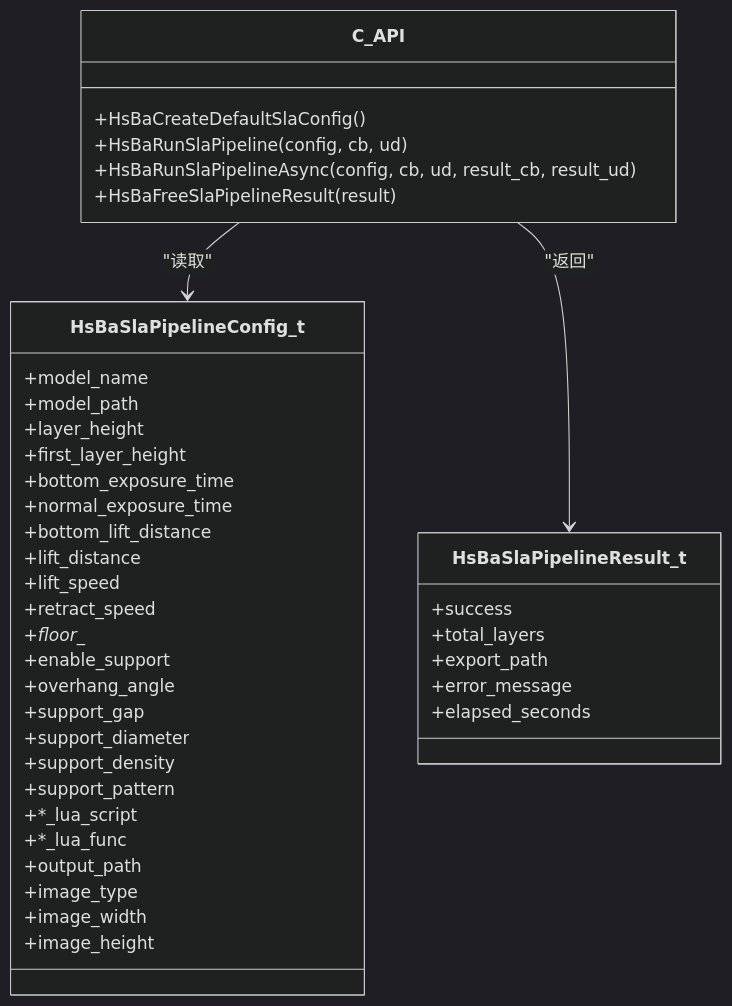
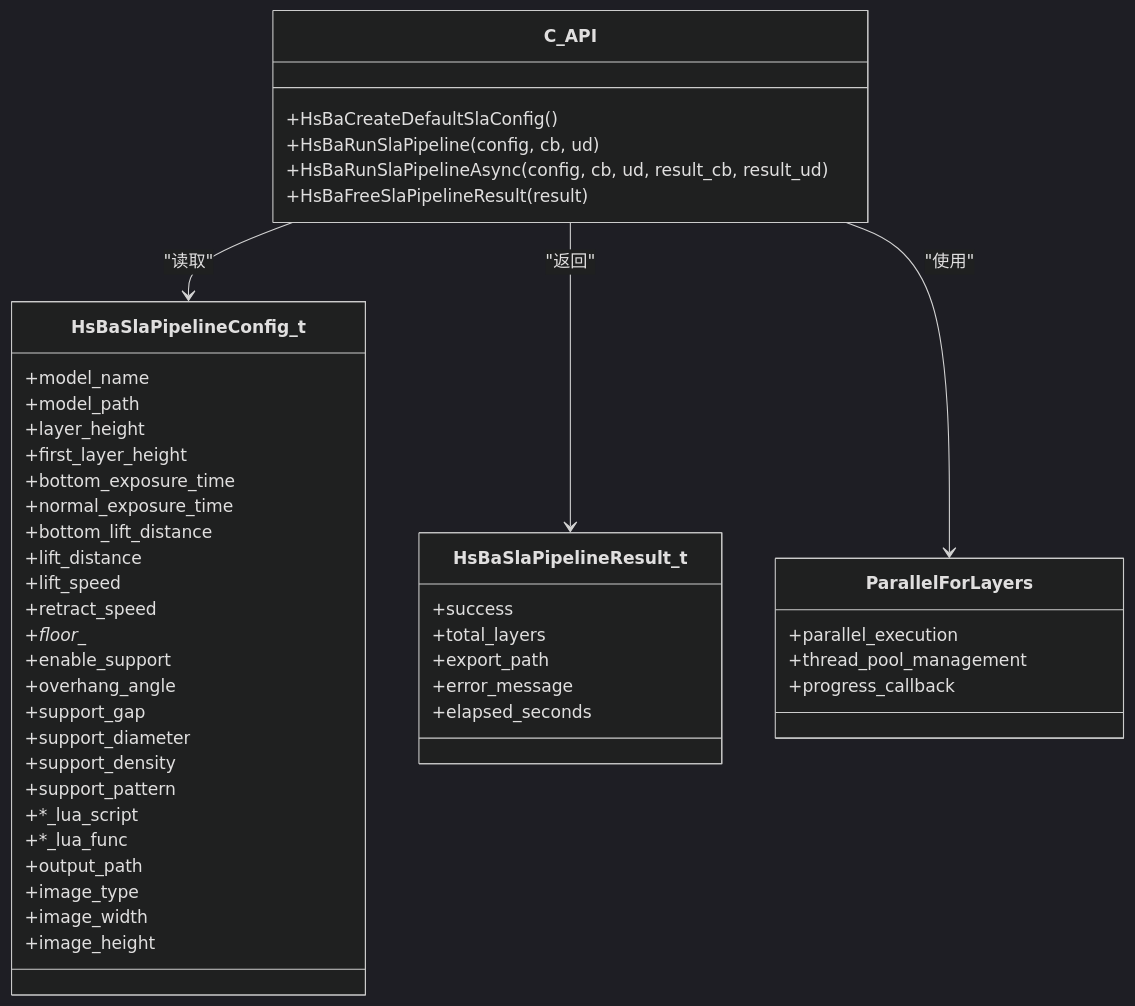
The sixth of 13 diagrams in .qoder/repowiki/zh/content/核心模块详解/SLA立体光刻流水线.md (hsmbanlance/HsBaSlicer), drawn with Mermaid (dark theme) before and after one commit. The commit also changed other lines of this file and 20 other files, not shown here.

````diff
--- a/.qoder/repowiki/zh/content/核心模块详解/SLA立体光刻流水线.md
+++ b/.qoder/repowiki/zh/content/核心模块详解/SLA立体光刻流水线.md
@@ -179,43 +297,49 @@
 ```mermaid
 classDiagram
 class HsBaSlaPipelineConfig_t {
 +model_name
 +model_path
 +layer_height
 +first_layer_height
 +bottom_exposure_time
 +normal_exposure_time
 +bottom_lift_distance
 +lift_distance
 +lift_speed
 +retract_speed
 +floor_*
 +enable_support
 +overhang_angle
 +support_gap
 +support_diameter
 +support_density
 +support_pattern
 +*_lua_script
 +*_lua_func
 +output_path
 +image_type
 +image_width
 +image_height
 }
 class HsBaSlaPipelineResult_t {
 +success
 +total_layers
 +export_path
 +error_message
 +elapsed_seconds
 }
 class C_API {
 +HsBaCreateDefaultSlaConfig()
 +HsBaRunSlaPipeline(config, cb, ud)
 +HsBaRunSlaPipelineAsync(config, cb, ud, result_cb, result_ud)
 +HsBaFreeSlaPipelineResult(result)
 }
+class ParallelForLayers {
++parallel_execution
++thread_pool_management
++progress_callback
+}
 C_API --> HsBaSlaPipelineConfig_t : "读取"
 C_API --> HsBaSlaPipelineResult_t : "返回"
+C_API --> ParallelForLayers : "使用"
 ```
````
